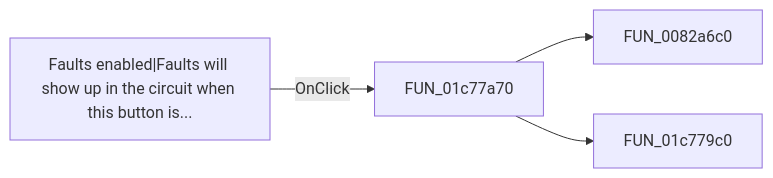
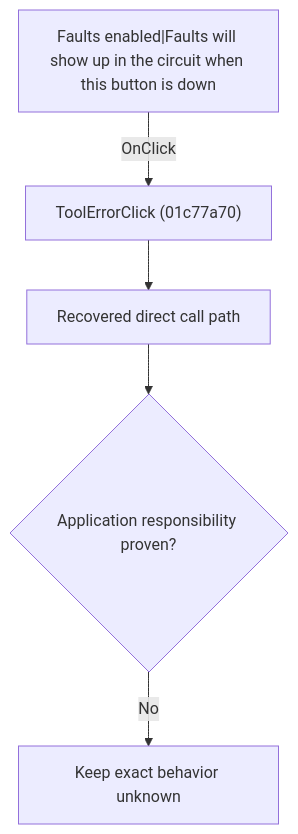
The diagram in docs/ui-controls/schematiceditor/toolerror-58fc065cad.md (MovGP0/TIARA), drawn with Mermaid before and after one commit. The commit also changed other lines of this file and 1062 other files, not shown here.

````diff
--- a/docs/ui-controls/schematiceditor/toolerror-58fc065cad.md
+++ b/docs/ui-controls/schematiceditor/toolerror-58fc065cad.md
@@ -27,6 +27,7 @@
 ```mermaid
-flowchart LR
-    control["Faults enabled|Faults will show up in the circuit when this button is..."] -->|OnClick| handler["FUN_01c77a70"]
-    handler --> call1["FUN_0082a6c0"]
-    handler --> call2["FUN_01c779c0"]
+flowchart TD
+    control["Faults enabled|Faults will show up in the circuit when this button is down"] -->|"OnClick"| handler["ToolErrorClick (01c77a70)"]
+    handler --> recovered["Recovered direct call path"]
+    recovered --> gap{"Application responsibility proven?"}
+    gap -->|"No"| blocked["Keep exact behavior unknown"]
 ```
````
